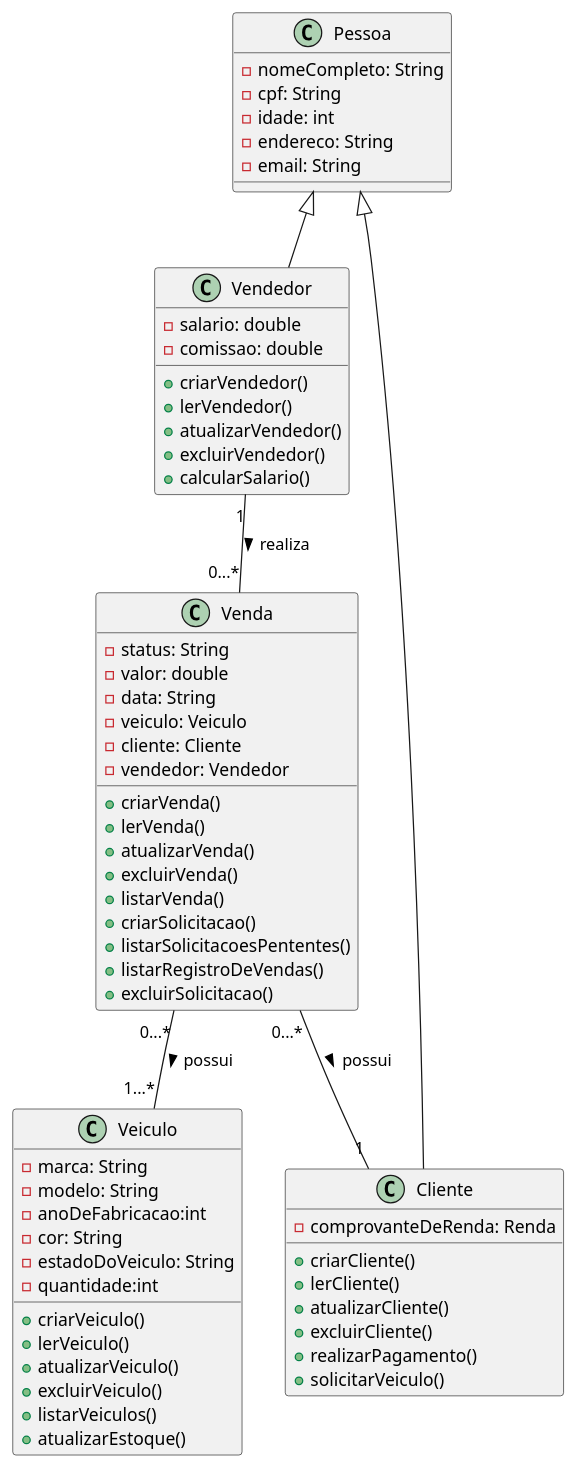
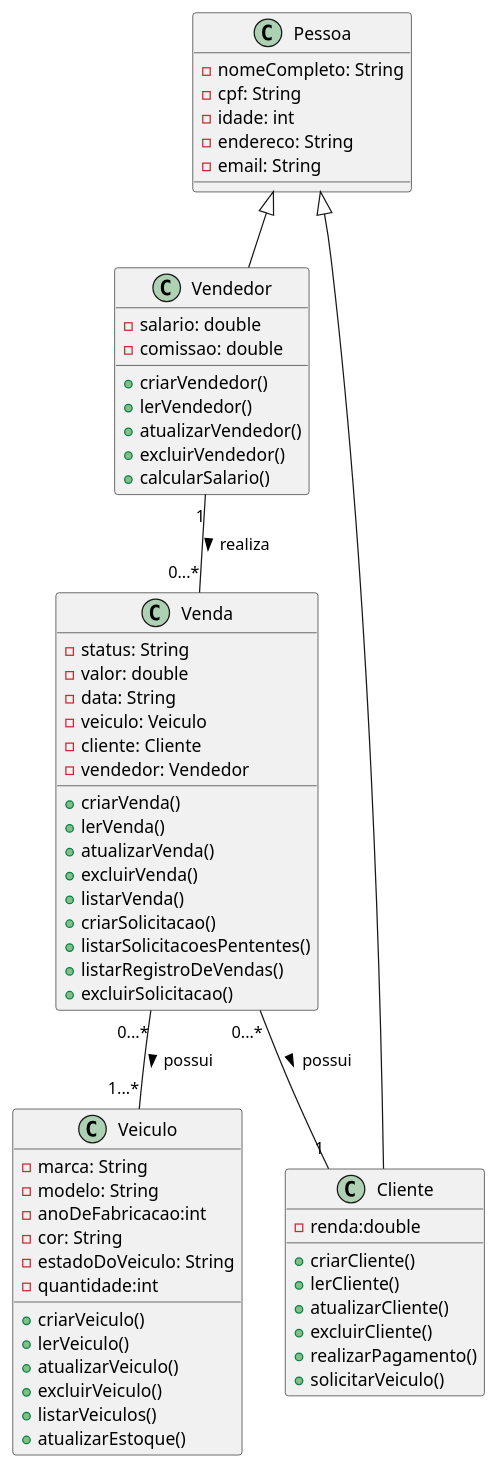
One commit to Moisesl2/Projeto-Concessionaria changed the diagram in DIAGRAMA/ProjetoPOO.iuml. Above: the diagram before and after it, drawn with PlantUML. The commit also changed 2 other files, not shown here.

```diff
--- a/DIAGRAMA/ProjetoPOO.iuml
+++ b/DIAGRAMA/ProjetoPOO.iuml
@@ -1,68 +1,68 @@
 @startuml "Concessionária"
 
 class Pessoa{
     -nomeCompleto: String
     -cpf: String
     -idade: int
     -endereco: String
     -email: String
 }
 
 class Vendedor{
     -salario: double
     -comissao: double
     +criarVendedor()
     +lerVendedor()
     +atualizarVendedor()
     +excluirVendedor()
     +calcularSalario()
 }
 class Cliente{
-    -comprovanteDeRenda: Renda
+    -renda:double
     +criarCliente()
     +lerCliente()
     +atualizarCliente()
     +excluirCliente()
     +realizarPagamento()
     +solicitarVeiculo()
 }
 
 class Veiculo{
     -marca: String 
     -modelo: String
     -anoDeFabricacao:int 
     -cor: String 
     -estadoDoVeiculo: String
     -quantidade:int
     +criarVeiculo()
     +lerVeiculo()
     +atualizarVeiculo()
     +excluirVeiculo()
     +listarVeiculos()
     +atualizarEstoque()
 }
 class Venda{
     -status: String
     -valor: double 
     -data: String
     -veiculo: Veiculo
     -cliente: Cliente
     -vendedor: Vendedor
     +criarVenda()
     +lerVenda()
     +atualizarVenda()
     +excluirVenda()
     +listarVenda()
     +criarSolicitacao() 
     +listarSolicitacoesPententes()
     +listarRegistroDeVendas()
     +excluirSolicitacao()
 }
 Pessoa <|-- Vendedor
 Pessoa <|-- Cliente 
 
 Vendedor "1"--"0...*" Venda: realiza >
 Venda "0...*" -- "1...*" Veiculo: possui >
 Venda "0...*" -- "1" Cliente: possui >
 
 @enduml
```
